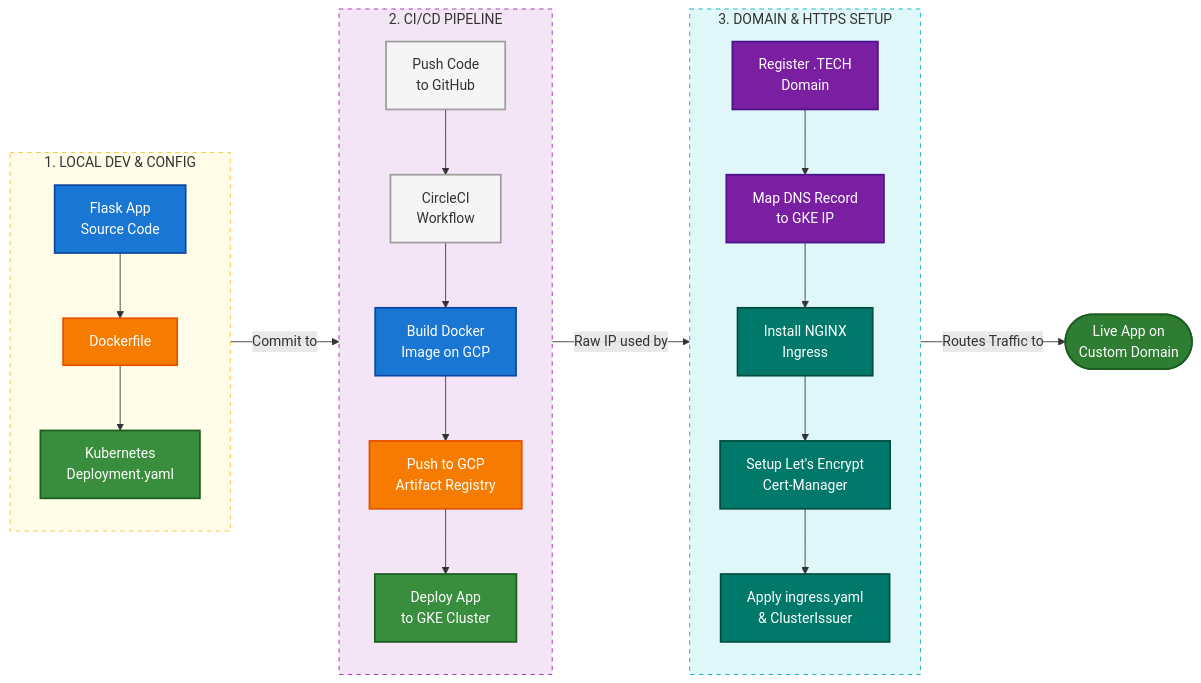
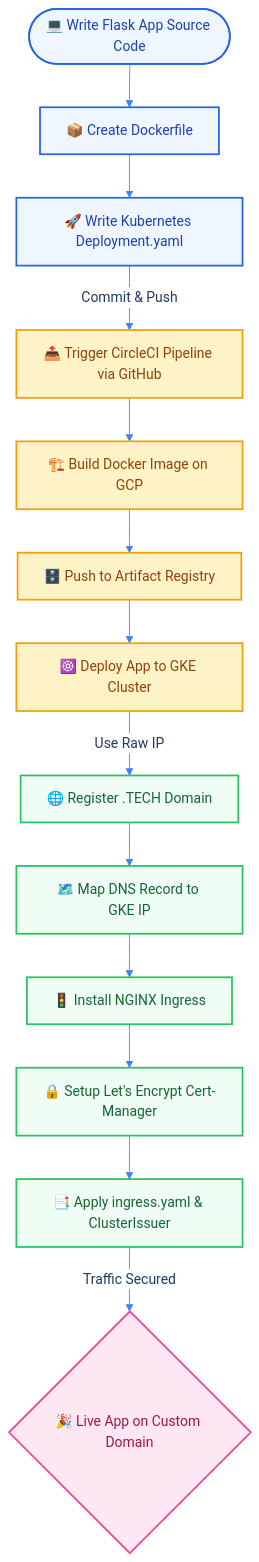
The diagram in README.md (farhanrhine/Celebrity-Face-Detect-AI-Agent), drawn with Mermaid before and after one commit.

Commit message:
refactor: Update Mermaid workflow diagram in README.md to a top-down layout with revised styling and content.

````diff
--- a/README.md
+++ b/README.md
@@ -16,60 +16,24 @@
 ```mermaid
-flowchart LR
-    %% Define Styles
-    classDef blueBox fill:#1976d2,stroke:#0d47a1,stroke-width:2px,color:#fff
-    classDef greenBox fill:#388e3c,stroke:#1b5e20,stroke-width:2px,color:#fff
-    classDef orangeBox fill:#f57c00,stroke:#e65100,stroke-width:2px,color:#fff
-    classDef purpleBox fill:#7b1fa2,stroke:#4a148c,stroke-width:2px,color:#fff
-    classDef darkGreenRound fill:#2e7d32,stroke:#1b5e20,stroke-width:2px,color:#fff
-    classDef tealBox fill:#00796b,stroke:#004d40,stroke-width:2px,color:#fff
-    classDef greyBox fill:#f5f5f5,stroke:#9e9e9e,stroke-width:2px,color:#333
+%%{init: {'theme': 'base', 'themeVariables': {'primaryColor': '#dbeafe', 'primaryTextColor': '#1e3a5f', 'primaryBorderColor': '#2563eb', 'lineColor': '#3b82f6', 'secondaryColor': '#f0fdf4', 'tertiaryColor': '#fef3c7', 'edgeLabelBackground': '#ffffff'}}}%%
+flowchart TD
+    A(["💻 Write Flask App Source Code"]):::phase1 --> B["📦 Create Dockerfile"]:::phase1
+    B --> C["🚀 Write Kubernetes Deployment.yaml"]:::phase1
+    
+    C -->|"Commit & Push"| D["📤 Trigger CircleCI Pipeline via GitHub"]:::phase2
+    D --> E["🏗️ Build Docker Image on GCP"]:::phase2
+    E --> F["🗄️ Push to Artifact Registry"]:::phase2
+    F --> G["☸️ Deploy App to GKE Cluster"]:::phase2
+    
+    G -->|"Use Raw IP"| H["🌐 Register .TECH Domain"]:::phase3
+    H --> I["🗺️ Map DNS Record to GKE IP"]:::phase3
+    I --> J["🚦 Install NGINX Ingress"]:::phase3
+    J --> K["🔒 Setup Let's Encrypt Cert-Manager"]:::phase3
+    K --> L["📑 Apply ingress.yaml & ClusterIssuer"]:::phase3
+    
+    L -->|"Traffic Secured"| M{"🎉 Live App on Custom Domain"}:::live
 
-    subgraph Phase1 [1. LOCAL DEV & CONFIG]
-        direction TB
-        App[Flask App<br>Source Code]:::blueBox
-        Docker[Dockerfile]:::orangeBox
-        K8s[Kubernetes<br>Deployment.yaml]:::greenBox
-        App --> Docker
-        Docker --> K8s
-    end
-
-    subgraph Phase2 [2. CI/CD PIPELINE]
-        direction TB
-        Git[Push Code<br>to GitHub]:::greyBox
-        Circle[CircleCI<br>Workflow]:::greyBox
-        Build[Build Docker<br>Image on GCP]:::blueBox
-        GAR[Push to GCP<br>Artifact Registry]:::orangeBox
-        GKE[Deploy App<br>to GKE Cluster]:::greenBox
-
-        Git --> Circle
-        Circle --> Build
-        Build --> GAR
-        GAR --> GKE
-    end
-
-    subgraph Phase3 [3. DOMAIN & HTTPS SETUP]
-        direction TB
-        Domain[Register .TECH<br>Domain]:::purpleBox
-        DNS[Map DNS Record<br>to GKE IP]:::purpleBox
-        Nginx[Install NGINX<br>Ingress]:::tealBox
-        Cert[Setup Let's Encrypt<br>Cert-Manager]:::tealBox
-        Ingress[Apply ingress.yaml<br>& ClusterIssuer]:::tealBox
-
-        Domain --> DNS
-        DNS --> Nginx
-        Nginx --> Cert
-        Cert --> Ingress
-    end
-
-    Live([Live App on<br>Custom Domain]):::darkGreenRound
-
-    %% Connections across subgraphs
-    K8s --> |Commit to| Git
-    GKE --> |Raw IP used by| Domain
-    Ingress --> |Routes Traffic to| Live
-
-    %% Subgraph Styling
-    style Phase1 fill:#fffde7,stroke:#fbc02d,stroke-dasharray: 5 5
-    style Phase2 fill:#f3e5f5,stroke:#9c27b0,stroke-dasharray: 5 5
-    style Phase3 fill:#e0f7fa,stroke:#00acc1,stroke-dasharray: 5 5
+    classDef phase1 fill:#eff6ff,stroke:#2563eb,stroke-width:2px,color:#1e40af
+    classDef phase2 fill:#fef3c7,stroke:#f59e0b,stroke-width:2px,color:#92400e
+    classDef phase3 fill:#f0fdf4,stroke:#22c55e,stroke-width:2px,color:#166534
+    classDef live fill:#fce7f3,stroke:#ec4899,stroke-width:2px,color:#9d174d
 ```
````
